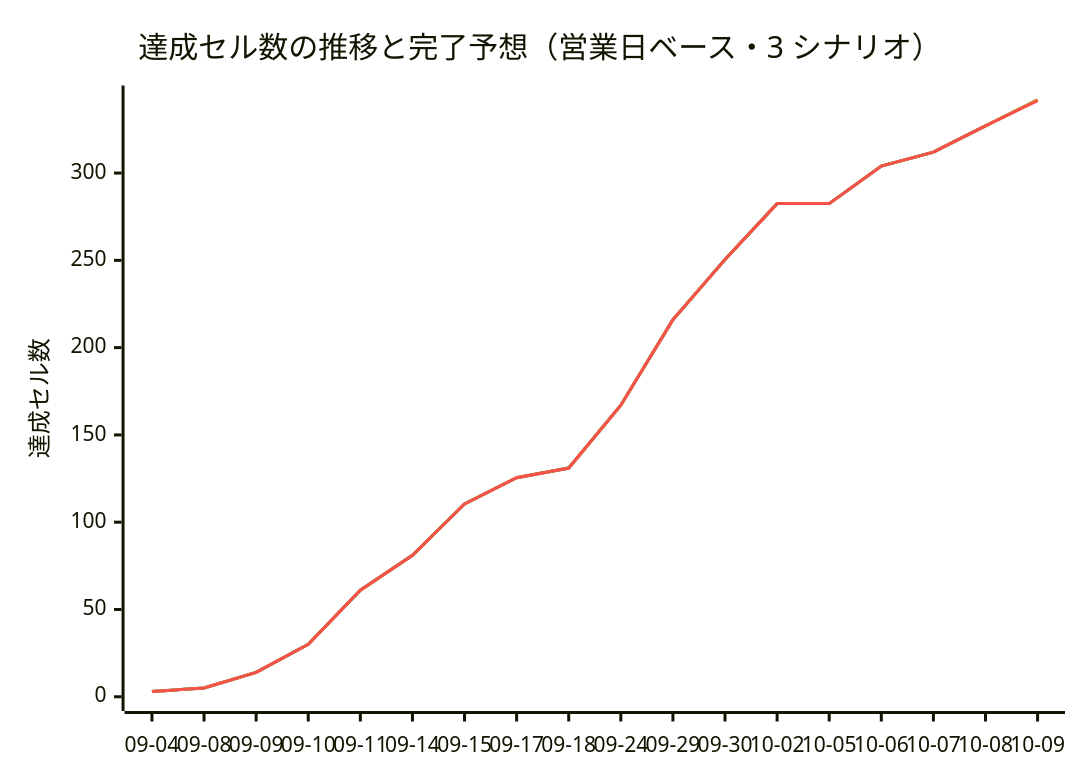
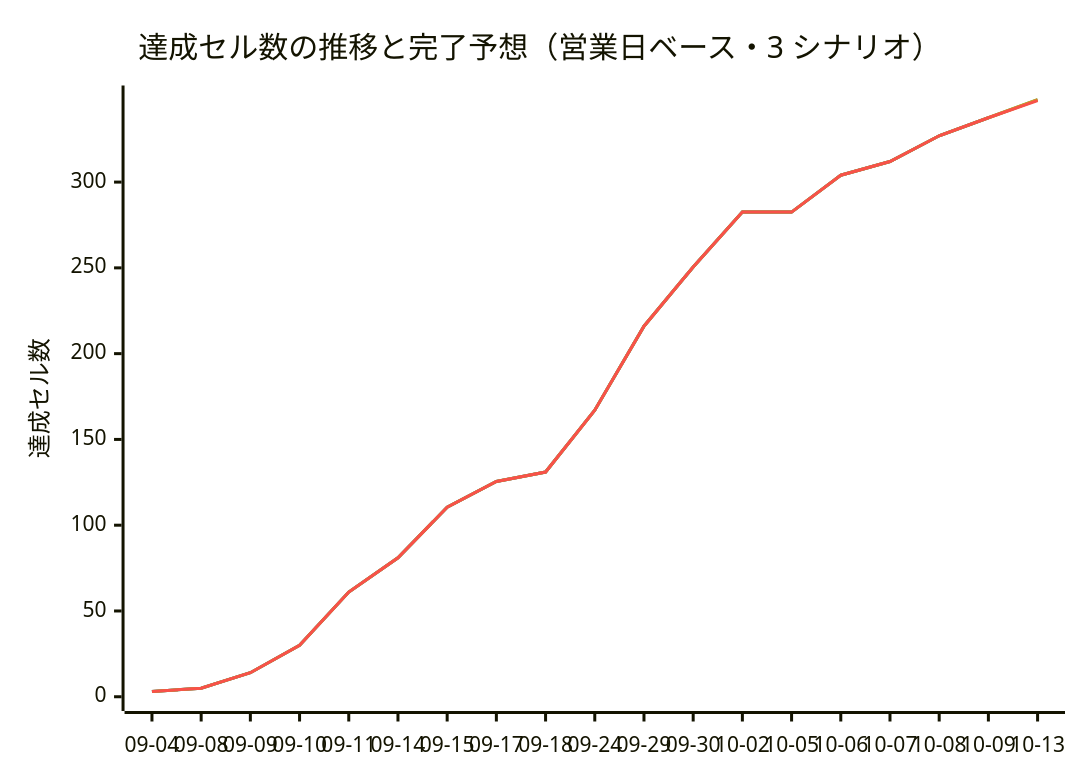
The diagram in docs/progress.md (yoshihisatanaka/Pre-Market_Trading_frontend), drawn with Mermaid before and after one commit. The commit also changed other lines of this file, not shown here.

````diff
--- a/docs/progress.md
+++ b/docs/progress.md
@@ -349,11 +348,11 @@
 ```mermaid
 %%{init: {"themeVariables": {"xyChart": {"plotColorPalette": "#2f6feb, #3fb950, #d29922, #f85149"}}}}%%
 xychart-beta
     title "達成セル数の推移と完了予想（営業日ベース・3 シナリオ）"
-    x-axis ["09-04", "09-08", "09-09", "09-10", "09-11", "09-14", "09-15", "09-17", "09-18", "09-24", "09-29", "09-30", "10-02", "10-05", "10-06", "10-07", "10-08", "10-09"]
-    y-axis "達成セル数" 0 --> 342
-    line [3, 5, 14, 30, 61, 81, 110.5, 125.5, 131, 167, 216, 250.5, 282.5, 282.5, 304, 312, 327]
-    line [3, 5, 14, 30, 61, 81, 110.5, 125.5, 131, 167, 216, 250.5, 282.5, 282.5, 304, 312, 327, 342]
-    line [3, 5, 14, 30, 61, 81, 110.5, 125.5, 131, 167, 216, 250.5, 282.5, 282.5, 304, 312, 327, 342]
-    line [3, 5, 14, 30, 61, 81, 110.5, 125.5, 131, 167, 216, 250.5, 282.5, 282.5, 304, 312, 327, 341.5]
+    x-axis ["09-04", "09-08", "09-09", "09-10", "09-11", "09-14", "09-15", "09-17", "09-18", "09-24", "09-29", "09-30", "10-02", "10-05", "10-06", "10-07", "10-08", "10-09", "10-13"]
+    y-axis "達成セル数" 0 --> 348
+    line [3, 5, 14, 30, 61, 81, 110.5, 125.5, 131, 167, 216, 250.5, 282.5, 282.5, 304, 312, 327, 337.5]
+    line [3, 5, 14, 30, 61, 81, 110.5, 125.5, 131, 167, 216, 250.5, 282.5, 282.5, 304, 312, 327, 337.5, 348]
+    line [3, 5, 14, 30, 61, 81, 110.5, 125.5, 131, 167, 216, 250.5, 282.5, 282.5, 304, 312, 327, 337.5, 348]
+    line [3, 5, 14, 30, 61, 81, 110.5, 125.5, 131, 167, 216, 250.5, 282.5, 282.5, 304, 312, 327, 337.5, 347.5]
 ```
````
